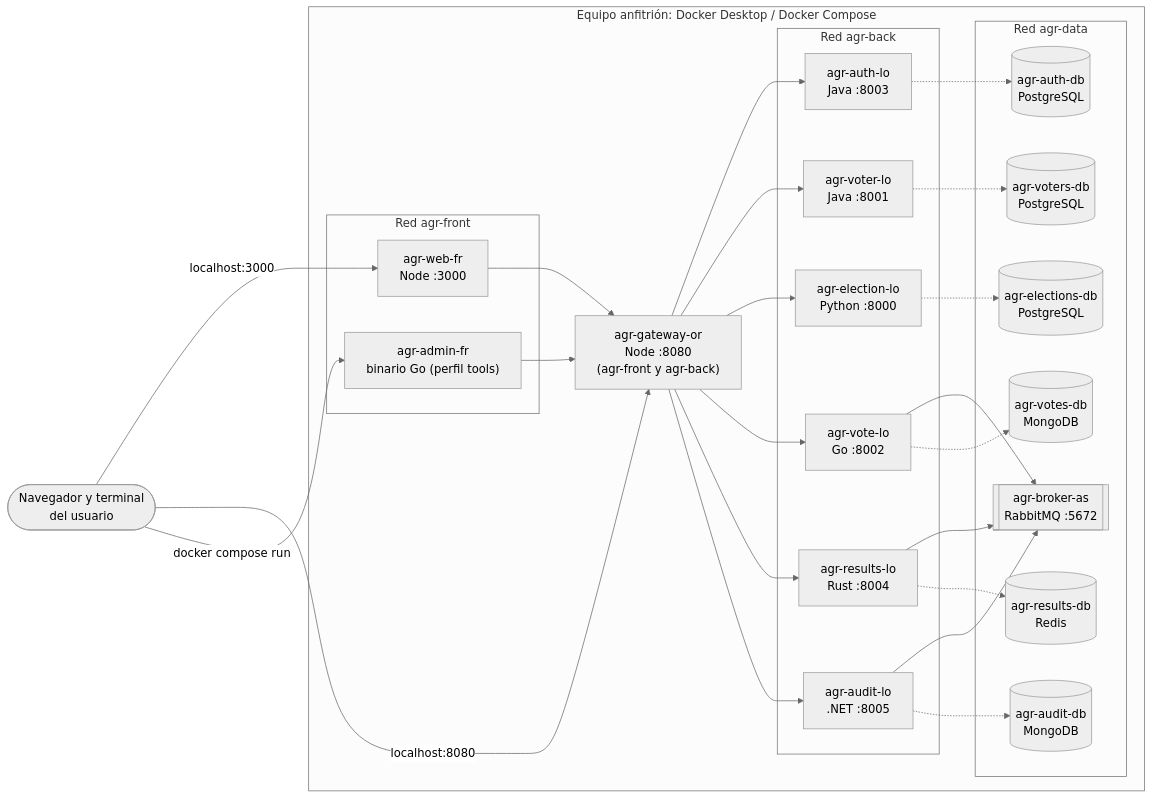
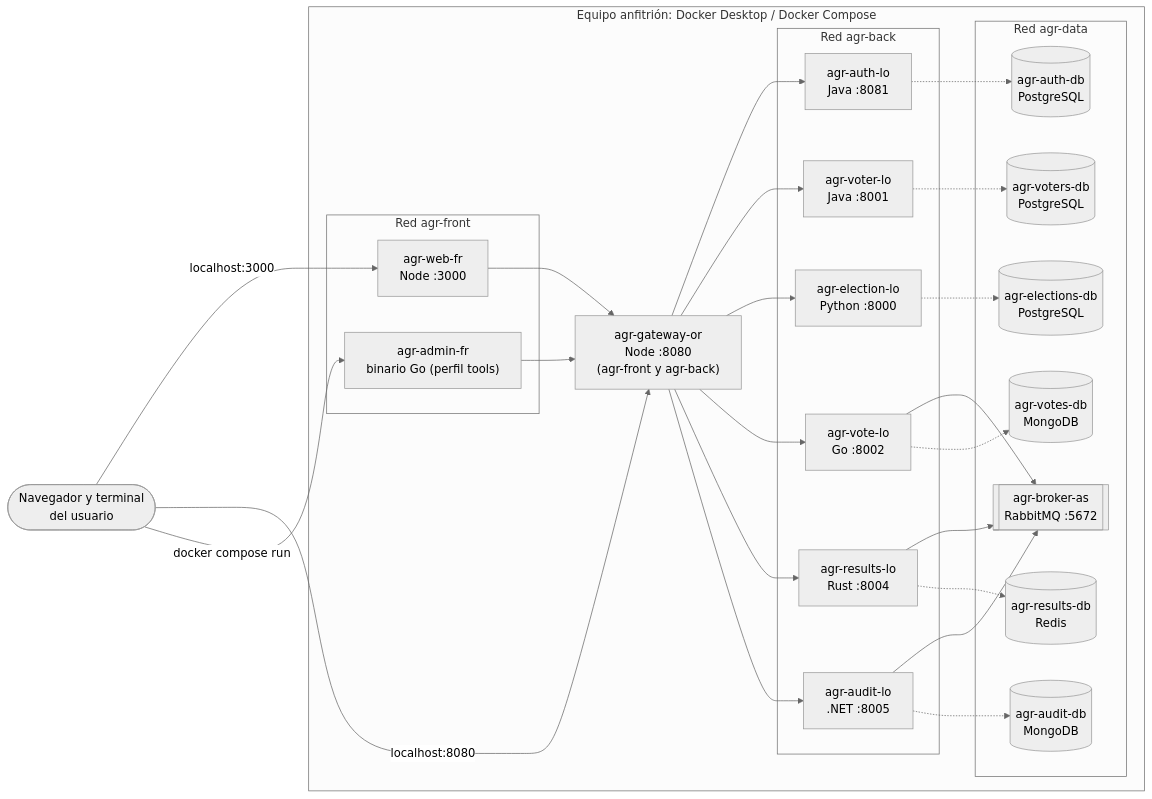
Before and after one commit to Cam152/ArquiSoft: the second of 4 diagrams in README.md, drawn with Mermaid (neutral theme). The commit also changed other lines of this file, not shown here.

````diff
--- a/README.md
+++ b/README.md
@@ -505,48 +550,48 @@
 ```mermaid
 flowchart LR
   user(["Navegador y terminal<br/>del usuario"])
   subgraph HOST["Equipo anfitrión: Docker Desktop / Docker Compose"]
     subgraph NETF["Red agr-front"]
       WEBc["agr-web-fr<br/>Node :3000"]
       ADMc["agr-admin-fr<br/>binario Go (perfil tools)"]
     end
     GWc["agr-gateway-or<br/>Node :8080<br/>(agr-front y agr-back)"]
     subgraph NETB["Red agr-back"]
-      AUc["agr-auth-lo<br/>Java :8003"]
+      AUc["agr-auth-lo<br/>Java :8081"]
       VOc["agr-voter-lo<br/>Java :8001"]
       ELc["agr-election-lo<br/>Python :8000"]
       VTc["agr-vote-lo<br/>Go :8002"]
       RSc["agr-results-lo<br/>Rust :8004"]
       ADc["agr-audit-lo<br/>.NET :8005"]
     end
     subgraph NETD["Red agr-data"]
       BRc[["agr-broker-as<br/>RabbitMQ :5672"]]
       ADBc[("agr-auth-db<br/>PostgreSQL")]
       VDBc[("agr-voters-db<br/>PostgreSQL")]
       EDBc[("agr-elections-db<br/>PostgreSQL")]
       TDBc[("agr-votes-db<br/>MongoDB")]
       RDBc[("agr-results-db<br/>Redis")]
       UDBc[("agr-audit-db<br/>MongoDB")]
     end
   end
   user -- "localhost:3000" --> WEBc
   user -- "localhost:8080" --> GWc
   user -- "docker compose run" --> ADMc
   WEBc --> GWc
   ADMc --> GWc
   GWc --> AUc
   GWc --> VOc
   GWc --> ELc
   GWc --> VTc
   GWc --> RSc
   GWc --> ADc
   VTc --> BRc
   RSc --> BRc
   ADc --> BRc
   AUc -.-> ADBc
   VOc -.-> VDBc
   ELc -.-> EDBc
   VTc -.-> TDBc
   RSc -.-> RDBc
   ADc -.-> UDBc
 ```
````
